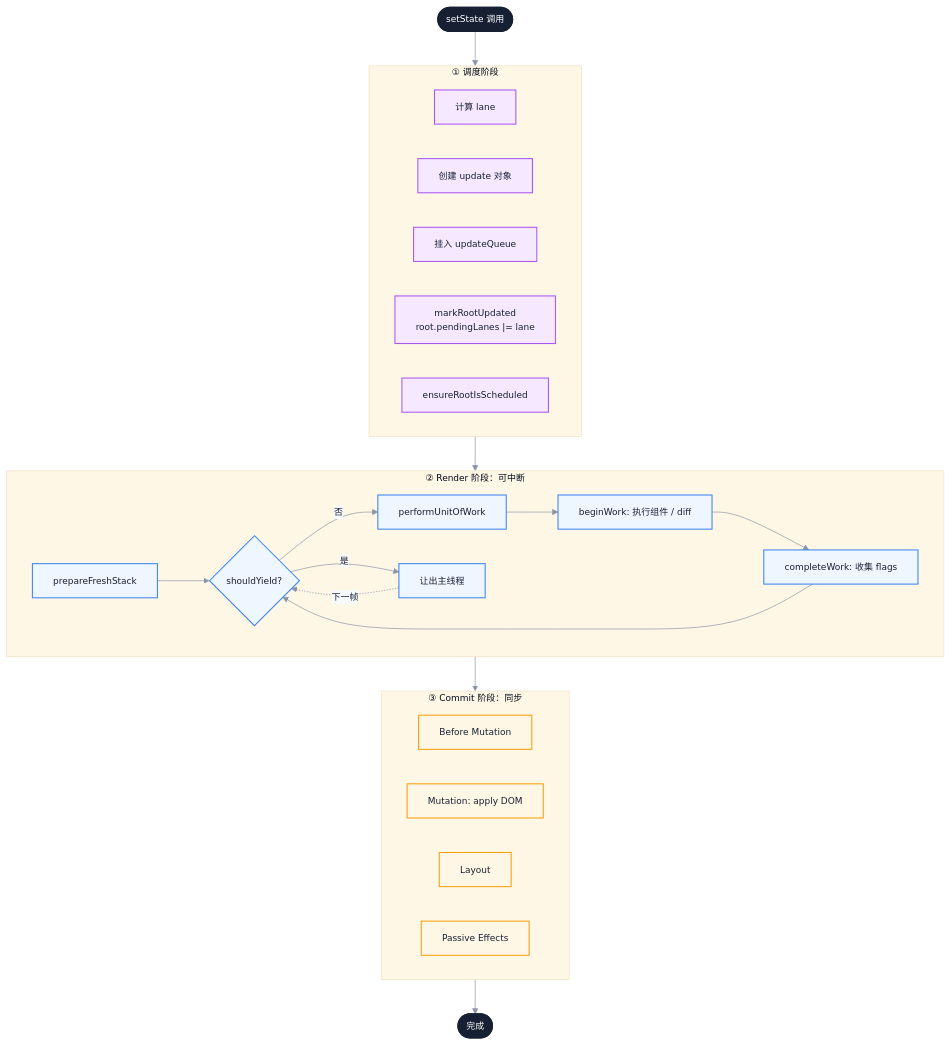
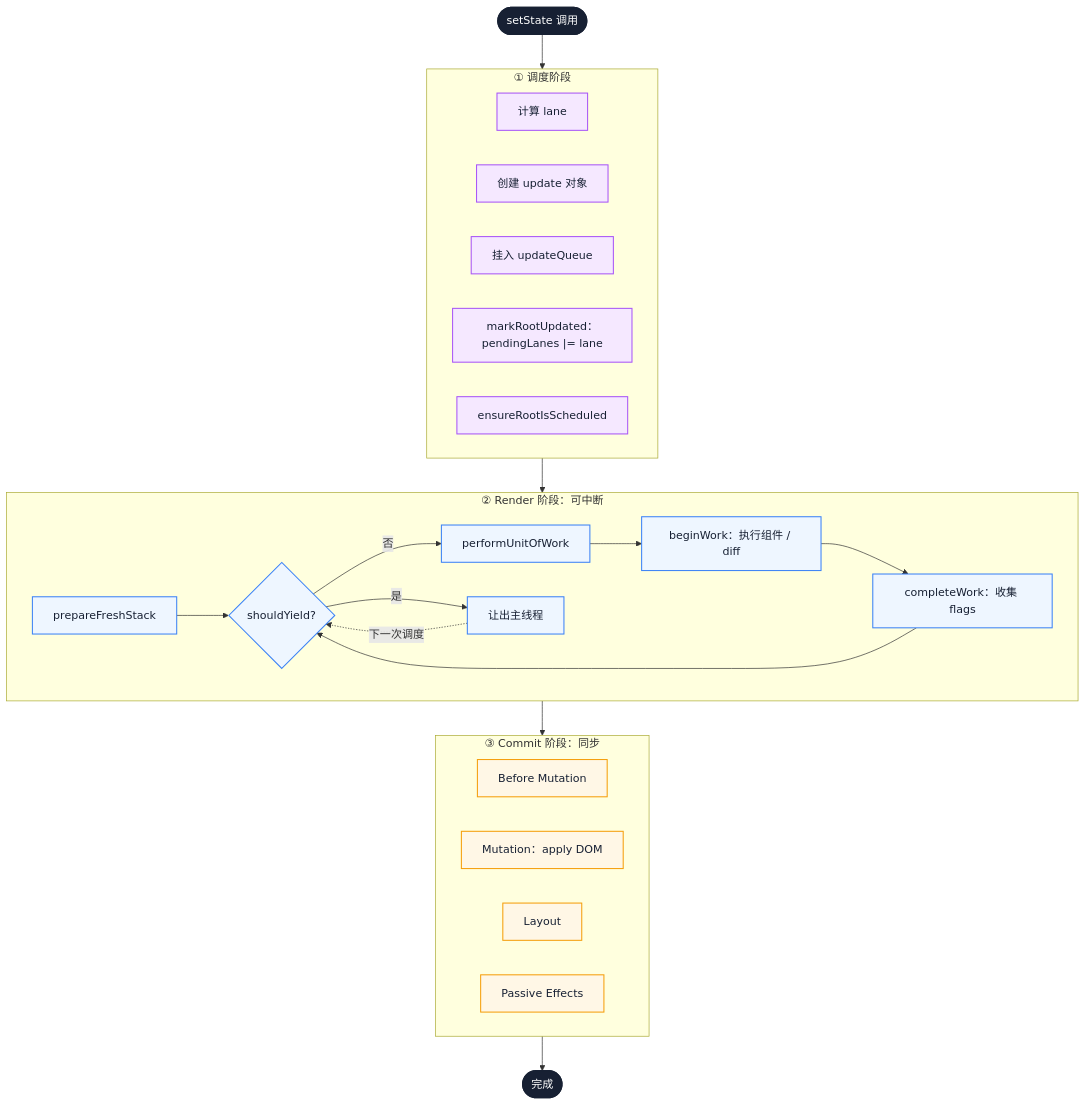
One commit to Fatejian/frontier-vault changed the seventh of 7 diagrams in docs/frameworks/react-fiber.md. Above: the diagram before and after it, drawn with Mermaid. The commit also changed other lines of this file and 41 other files, not shown here.

````diff
--- a/docs/frameworks/react-fiber.md
+++ b/docs/frameworks/react-fiber.md
@@ -750,44 +669,43 @@
 ```mermaid
-%%{init: {'theme': 'base', 'themeVariables': { 'fontFamily': 'Inter, PingFang SC, Microsoft YaHei, sans-serif', 'primaryColor': '#EEF6FF', 'primaryTextColor': '#172033', 'primaryBorderColor': '#6EA8FE', 'lineColor': '#8A94A6', 'secondaryColor': '#F7F9FC', 'tertiaryColor': '#FFF7E6', 'fontSize': '13px'}}}%%
 flowchart TB
-    A([setState 调用])
+    A(["setState 调用"])
 
-    subgraph Schedule[① 调度阶段]
-        S1[计算 lane]
-        S2[创建 update 对象]
-        S3[挂入 updateQueue]
-        S4["markRootUpdated<br/>root.pendingLanes |= lane"]
-        S5[ensureRootIsScheduled]
+    subgraph Schedule["① 调度阶段"]
+        S1["计算 lane"]
+        S2["创建 update 对象"]
+        S3["挂入 updateQueue"]
+        S4["markRootUpdated：pendingLanes |= lane"]
+        S5["ensureRootIsScheduled"]
     end
 
     subgraph Render["② Render 阶段：可中断"]
-        R1[prepareFreshStack]
-        R2{shouldYield?}
-        R3[performUnitOfWork]
-        R4["beginWork: 执行组件 / diff"]
-        R5["completeWork: 收集 flags"]
+        R1["prepareFreshStack"]
+        R2{"shouldYield?"}
+        R3["performUnitOfWork"]
+        R4["beginWork：执行组件 / diff"]
+        R5["completeWork：收集 flags"]
         R1 --> R2
         R2 -->|否| R3 --> R4 --> R5 --> R2
-        R2 -->|是| R6[让出主线程]
-        R6 -.下一帧.-> R2
+        R2 -->|是| R6["让出主线程"]
+        R6 -.下一次调度.-> R2
     end
 
     subgraph Commit["③ Commit 阶段：同步"]
-        C1[Before Mutation]
-        C2["Mutation: apply DOM"]
-        C3[Layout]
-        C4[Passive Effects]
+        C1["Before Mutation"]
+        C2["Mutation：apply DOM"]
+        C3["Layout"]
+        C4["Passive Effects"]
     end
 
-    A --> Schedule --> Render --> Commit --> Done([完成])
+    A --> Schedule --> Render --> Commit --> Done(["完成"])
 
-    classDef schedule fill:#F5E8FF,stroke:#A855F7,color:#172033,stroke-width:1.5px;
-    classDef render fill:#EEF6FF,stroke:#3B82F6,color:#172033,stroke-width:1.5px;
-    classDef commit fill:#FFF7E6,stroke:#F59E0B,color:#172033,stroke-width:1.5px;
-    classDef terminal fill:#172033,color:#fff,stroke:#172033,stroke-width:2px;
+    classDef metric fill:#F5E8FF,stroke:#A855F7,color:#172033,stroke-width:1.5px;
+    classDef wait fill:#EEF6FF,stroke:#3B82F6,color:#172033,stroke-width:1.5px;
+    classDef block fill:#FFF7E6,stroke:#F59E0B,color:#172033,stroke-width:1.5px;
+    classDef core fill:#172033,color:#fff,stroke:#172033,stroke-width:2px;
 
-    class A,Done terminal;
-    class S1,S2,S3,S4,S5 schedule;
-    class R1,R2,R3,R4,R5,R6 render;
-    class C1,C2,C3,C4 commit;
+    class A,Done core;
+    class S1,S2,S3,S4,S5 metric;
+    class R1,R2,R3,R4,R5,R6 wait;
+    class C1,C2,C3,C4 block;
 ```
````
